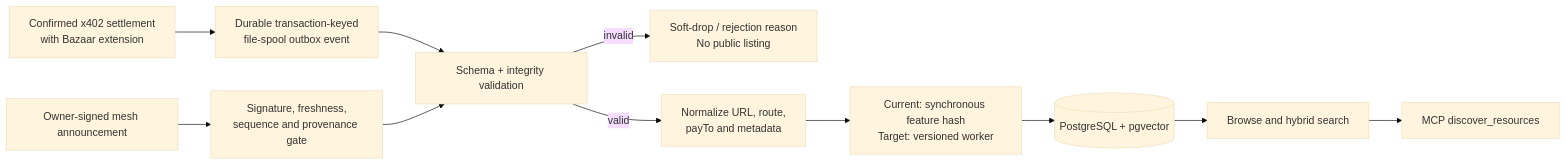
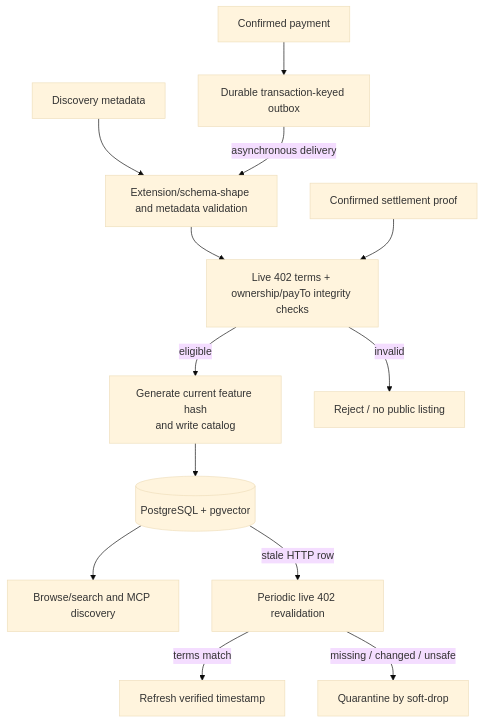
One commit to Veridex-Protocol/stellar-facilitator changed the fourth of 7 diagrams in docs/architecture.md. Above: the diagram before and after it, drawn with Mermaid (base theme). The commit also changed other lines of this file and 19 other files, not shown here.

````diff
--- a/docs/architecture.md
+++ b/docs/architecture.md
@@ -221,13 +320,17 @@
 ```mermaid
-flowchart LR
-    P["Confirmed x402 settlement<br/>with Bazaar extension"] --> O["Durable transaction-keyed<br/>file-spool outbox event"]
-    A["Owner-signed mesh announcement"] --> G["Signature, freshness,<br/>sequence and provenance gate"]
-    O --> V["Schema + integrity validation"]
-    G --> V
-    V -->|"invalid"| X["Soft-drop / rejection reason<br/>No public listing"]
-    V -->|"valid"| N["Normalize URL, route,<br/>payTo and metadata"]
-    N --> E["Current: synchronous feature hash<br/>Target: versioned worker"]
-    E --> PG[("PostgreSQL + pgvector")]
-    PG --> S["Browse and hybrid search"]
-    S --> M["MCP discover_resources"]
+flowchart TD
+    D["Discovery metadata"] --> S["Extension/schema-shape and metadata validation"]
+    S --> I["Live 402 terms + ownership/payTo integrity checks"]
+    P["Confirmed settlement proof"] --> I
+    I -->|"eligible"| C["Generate current feature hash<br/>and write catalog"]
+    I -->|"invalid"| X["Reject / no public listing"]
+    C --> PG[("PostgreSQL + pgvector")]
+    PG --> Q["Browse/search and MCP discovery"]
+
+    SET["Confirmed payment"] --> O["Durable transaction-keyed outbox"]
+    O -->|"asynchronous delivery"| S
+
+    PG -->|"stale HTTP row"| R["Periodic live 402 revalidation"]
+    R -->|"terms match"| RF["Refresh verified timestamp"]
+    R -->|"missing / changed / unsafe"| QR["Quarantine by soft-drop"]
 ```
````
